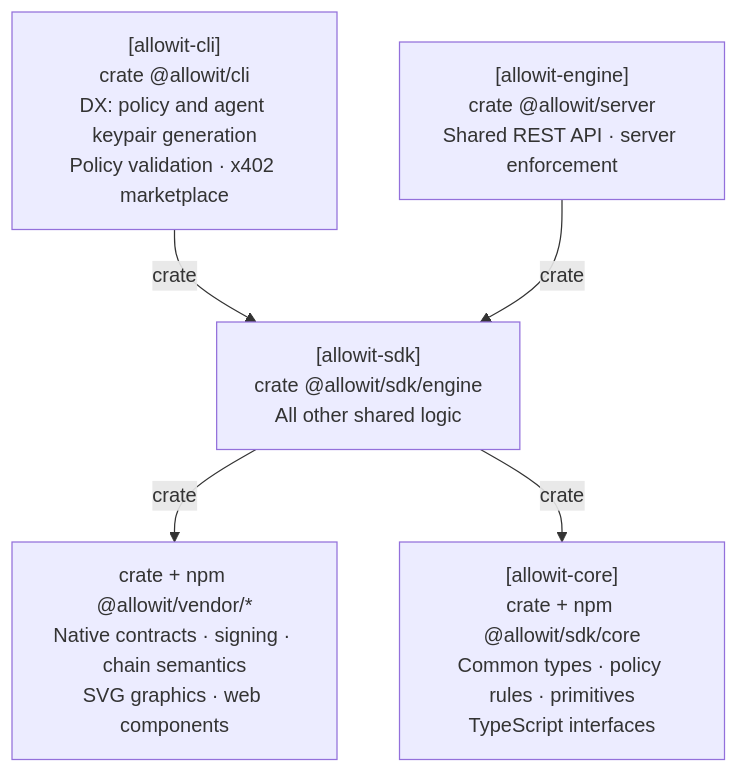
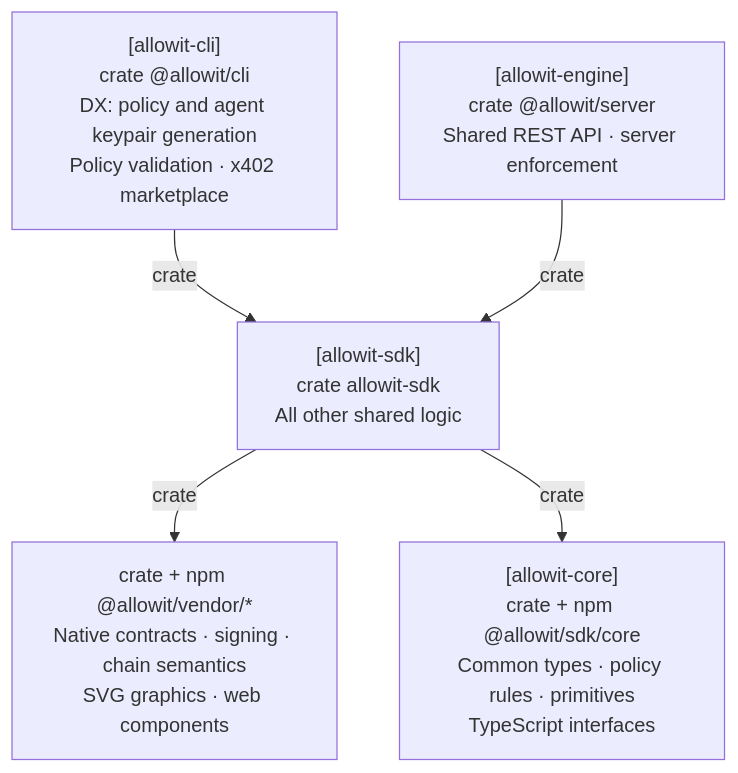
One commit to allowit-hq/allowit-sdk changed the diagram in README.md. Above: the diagram before and after it, drawn with Mermaid. The commit also changed other lines of this file and 87 other files, not shown here.

Commit message:
Move shared SDK crate to crates/allowit-sdk

````diff
--- a/README.md
+++ b/README.md
@@ -20,13 +20,13 @@
 ```mermaid
 flowchart TB
     CLI["[allowit-cli]<br/>crate @allowit/cli<br/>DX: policy and agent keypair generation<br/>Policy validation · x402 marketplace"]
     Server["[allowit-engine]<br/>crate @allowit/server<br/>Shared REST API · server enforcement"]
-    Engine["[allowit-sdk]<br/>crate @allowit/sdk/engine<br/>All other shared logic"]
+    Engine["[allowit-sdk]<br/>crate allowit-sdk<br/>All other shared logic"]
     Vendor["crate + npm @allowit/vendor/*<br/>Native contracts · signing · chain semantics<br/>SVG graphics · web components"]
     Core["[allowit-core]<br/>crate + npm @allowit/sdk/core<br/>Common types · policy rules · primitives<br/>TypeScript interfaces"]
 
     CLI -->|crate| Engine
     Server -->|crate| Engine
     Engine -->|crate| Vendor
     Engine -->|crate| Core
 ```
````
